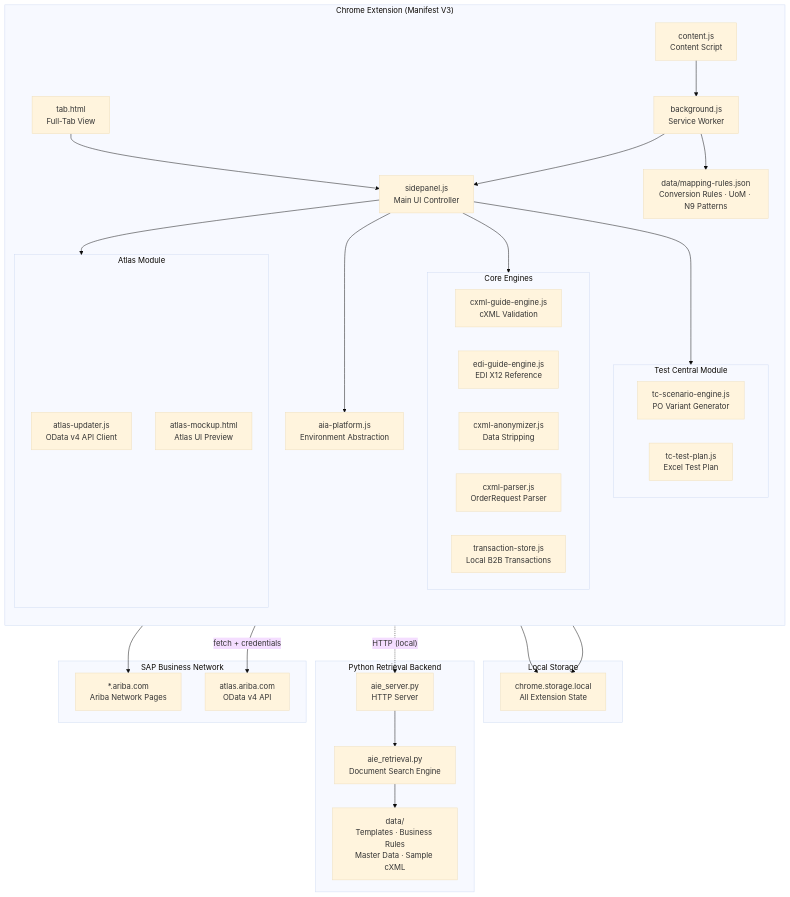
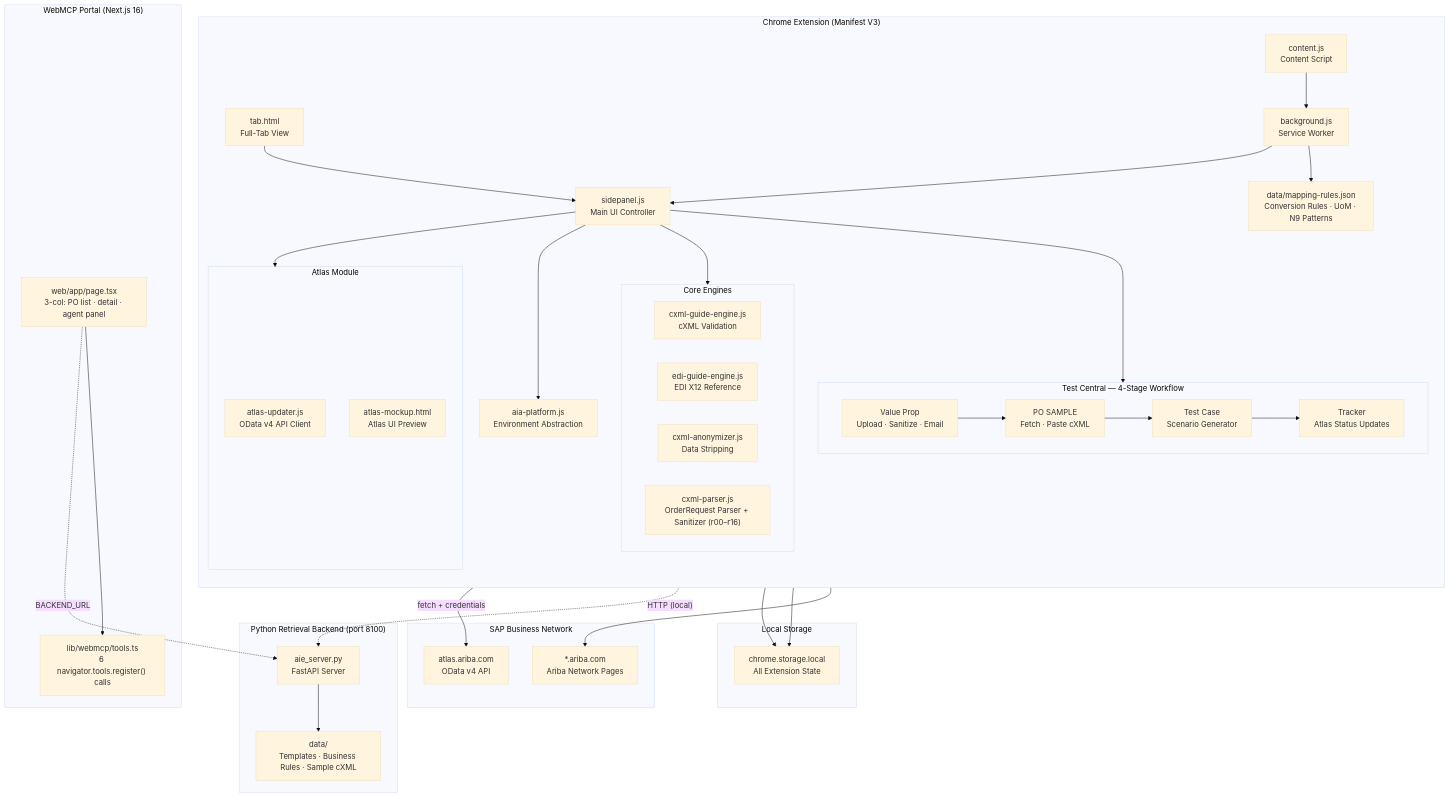
One commit to veerannas/ariba-integration-agent changed the diagram in README.md. Above: the diagram before and after it, drawn with Mermaid (base theme). The commit also changed other lines of this file and 10 other files, not shown here.

````diff
--- a/README.md
+++ b/README.md
@@ -31,61 +35,69 @@
 ```mermaid
 flowchart TD
     subgraph EXT["Chrome Extension (Manifest V3)"]
         direction TB
         SP["sidepanel.js\nMain UI Controller"]
         BG["background.js\nService Worker"]
         CS["content.js\nContent Script"]
         TAB["tab.html\nFull-Tab View"]
 
+        subgraph TC["Test Central — 4-Stage Workflow"]
+            TC1["Value Prop\nUpload · Sanitize · Email"]
+            TC2["PO SAMPLE\nFetch · Paste cXML"]
+            TC3["Test Case\nScenario Generator"]
+            TC4["Tracker\nAtlas Status Updates"]
+            TC1 --> TC2 --> TC3 --> TC4
+        end
+
         subgraph ENGINES["Core Engines"]
             CGE["cxml-guide-engine.js\ncXML Validation"]
             EGE["edi-guide-engine.js\nEDI X12 Reference"]
             CA["cxml-anonymizer.js\nData Stripping"]
-            CP["cxml-parser.js\nOrderRequest Parser"]
-            TS["transaction-store.js\nLocal B2B Transactions"]
-        end
-
-        subgraph TC["Test Central Module"]
-            TCE["tc-scenario-engine.js\nPO Variant Generator"]
-            TCP["tc-test-plan.js\nExcel Test Plan"]
+            CP["cxml-parser.js\nOrderRequest Parser + Sanitizer (r00–r16)"]
         end
 
         subgraph ATLAS["Atlas Module"]
             AU["atlas-updater.js\nOData v4 API Client"]
             AM["atlas-mockup.html\nAtlas UI Preview"]
         end
 
         PLAT["aia-platform.js\nEnvironment Abstraction"]
         DATA["data/mapping-rules.json\nConversion Rules · UoM · N9 Patterns"]
     end
 
     subgraph STORAGE["Local Storage"]
         CSL["chrome.storage.local\nAll Extension State"]
     end
 
-    subgraph BACKEND["Python Retrieval Backend"]
-        SRV["aie_server.py\nHTTP Server"]
-        RET["aie_retrieval.py\nDocument Search Engine"]
-        DOCS["data/\nTemplates · Business Rules\nMaster Data · Sample cXML"]
+    subgraph BACKEND["Python Retrieval Backend (port 8100)"]
+        SRV["aie_server.py\nFastAPI Server"]
+        DOCS["data/\nTemplates · Business Rules · Sample cXML"]
+    end
+
+    subgraph WEBMCP["WebMCP Portal (Next.js 16)"]
+        WEB["web/app/page.tsx\n3-col: PO list · detail · agent panel"]
+        TOOLS["lib/webmcp/tools.ts\n6 navigator.tools.register() calls"]
     end
 
     subgraph ARIBA["SAP Business Network"]
         AN["*.ariba.com\nAriba Network Pages"]
         ATLASAPI["atlas.ariba.com\nOData v4 API"]
     end
 
     SP --> ENGINES
     SP --> TC
     SP --> ATLAS
     SP --> PLAT
     BG --> SP
     BG --> DATA
     CS --> AN
     CS --> BG
     TAB --> SP
     SP --> CSL
     BG --> CSL
-    SRV --> RET --> DOCS
+    SRV --> DOCS
     SP -.->|"HTTP (local)"| SRV
+    WEB --> TOOLS
+    WEB -.->|"BACKEND_URL"| SRV
     AU -->|"fetch + credentials"| ATLASAPI
 ```
````
